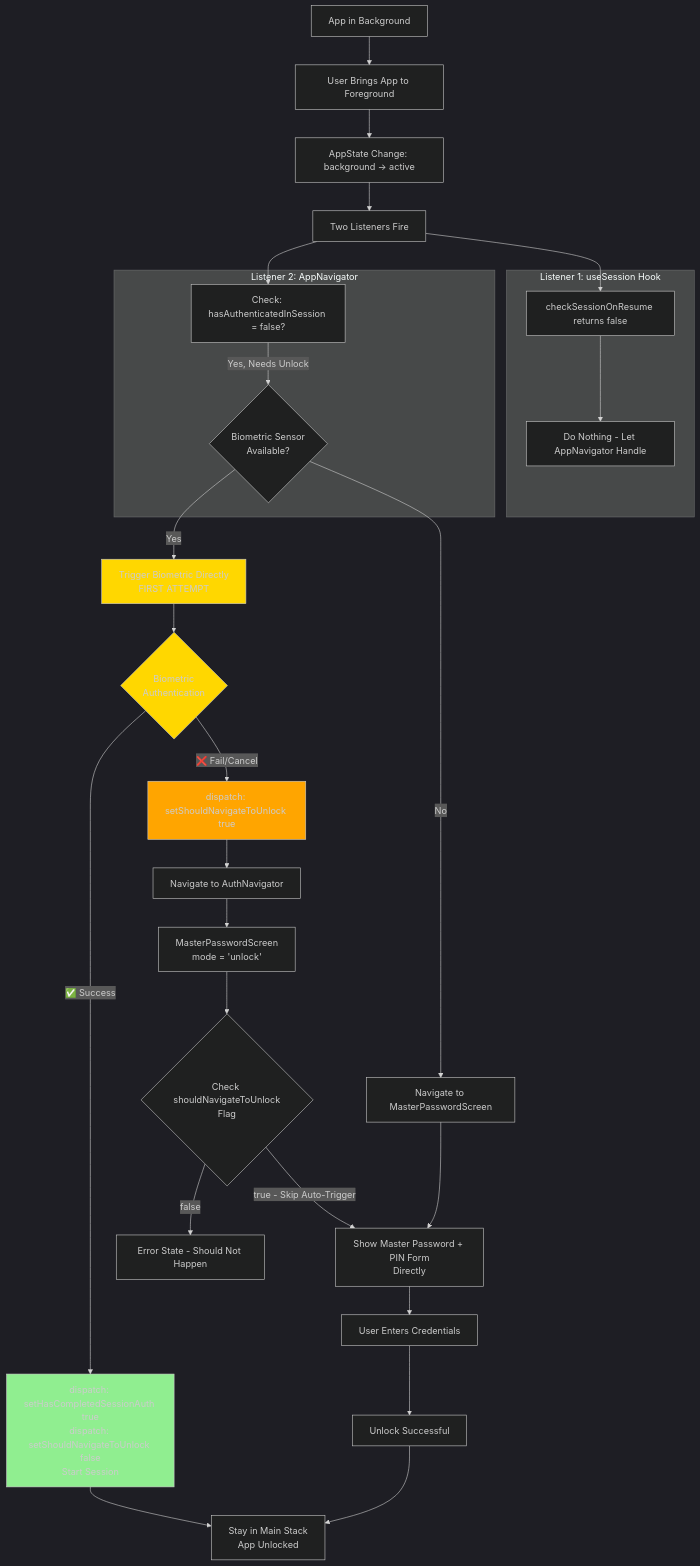
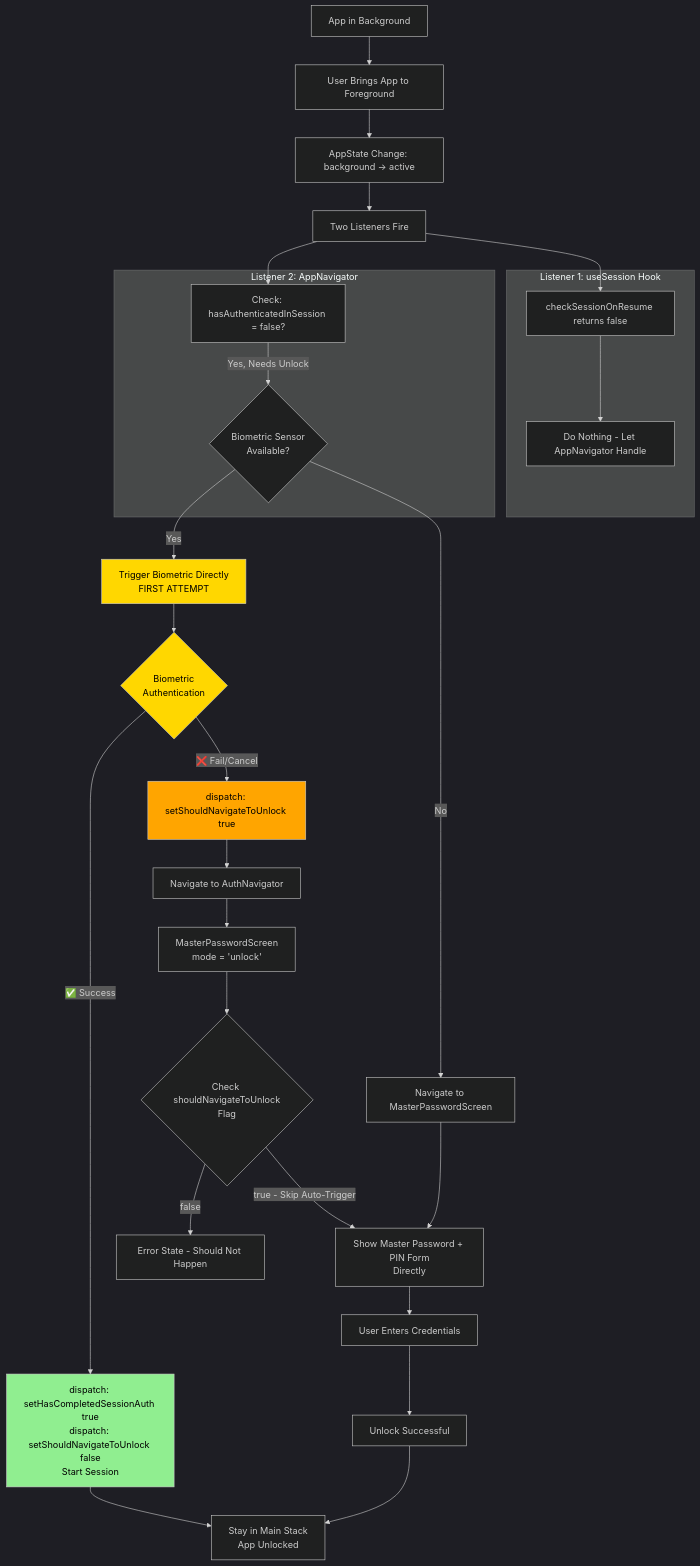
The third of 17 diagrams in PasswordEpic.md (TuPhung369/PasswordEpic), drawn with Mermaid before and after one commit. The commit also changed other lines of this file, not shown here.

Commit message:
P3W11 fix format workflow

````diff
--- a/PasswordEpic.md
+++ b/PasswordEpic.md
@@ -326,51 +326,51 @@
 ```mermaid
 %%{init: {'theme': 'dark'}}%%
 flowchart TD
     A[App in Background] --> B[User Brings App to Foreground]
     B --> C[AppState Change: background → active]
 
     C --> D[Two Listeners Fire]
 
     subgraph "Listener 1: useSession Hook"
         E[checkSessionOnResume returns false]
         F[Do Nothing - Let AppNavigator Handle]
     end
 
     subgraph "Listener 2: AppNavigator"
         G[Check: hasAuthenticatedInSession = false?]
         H{Biometric Sensor<br/>Available?}
     end
 
     D --> E
     E --> F
     D --> G
 
     G -->|Yes, Needs Unlock| H
     H -->|Yes| I[Trigger Biometric Directly<br/>FIRST ATTEMPT]
     H -->|No| P[Navigate to MasterPasswordScreen]
 
     I --> J{Biometric<br/>Authentication}
 
     J -->|✅ Success| K[dispatch: setHasCompletedSessionAuth true<br/>dispatch: setShouldNavigateToUnlock false<br/>Start Session]
     J -->|❌ Fail/Cancel| L[dispatch: setShouldNavigateToUnlock true]
 
     K --> M[Stay in Main Stack<br/>App Unlocked]
 
     L --> N[Navigate to AuthNavigator]
     N --> O[MasterPasswordScreen<br/>mode = 'unlock']
 
     O --> P2{Check shouldNavigateToUnlock<br/>Flag}
     P2 -->|true - Skip Auto-Trigger| Q[Show Master Password + PIN Form<br/>Directly]
     P2 -->|false| R[Error State - Should Not Happen]
 
     P --> Q
     Q --> S[User Enters Credentials]
     S --> T[Unlock Successful]
     T --> M
 
-    style I fill:#FFD700
-    style J fill:#FFD700
-    style K fill:#90EE90
-    style L fill:#FFA500
+    style I fill:#FFD700,color:#000
+    style J fill:#FFD700,color:#000
+    style K fill:#90EE90,color:#000
+    style L fill:#FFA500,color:#000
     style Q fill:#1F2020
 ```
````
